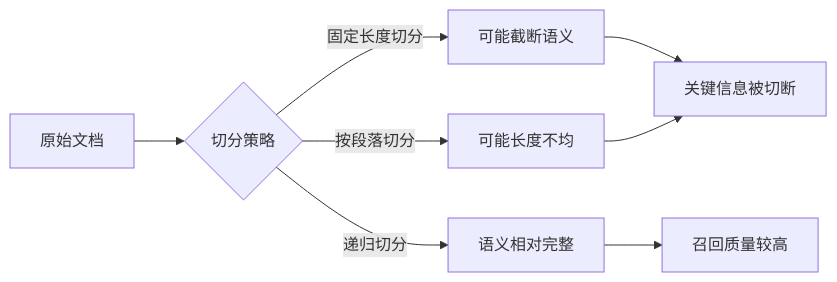
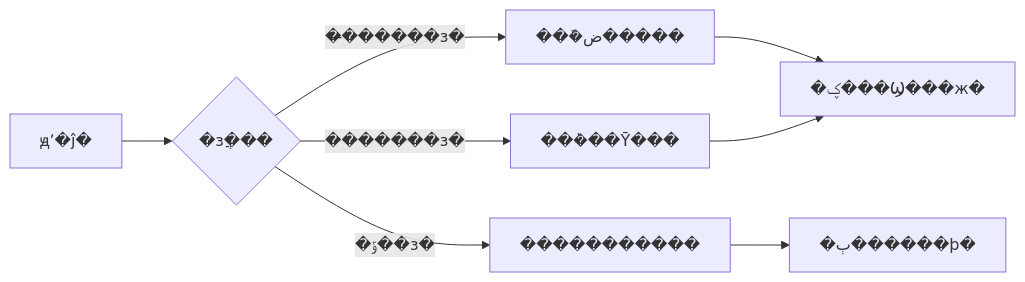
One commit to TimeHunter618/hugo-maid-dev changed the first of 7 diagrams in content/post/ai-interview/RAG召回率低怎么优化.zh-CN.md. Above: the diagram before and after it, drawn with Mermaid. The commit also changed other lines of this file and 70 other files, not shown here.

````diff
--- a/content/post/ai-interview/RAG召回率低怎么优化.zh-CN.md
+++ b/content/post/ai-interview/RAG召回率低怎么优化.zh-CN.md
@@ -35,10 +35,10 @@
 ```mermaid
 graph LR
-    A[原始文档] --> B{切分策略}
-    B -->|固定长度切分| C[可能截断语义]
-    B -->|按段落切分| D[可能长度不均]
-    B -->|递归切分| E[语义相对完整]
-    C --> F[关键信息被切断]
+    A[ԭʼ�ĵ�] --> B{�зֲ���}
+    B -->|�̶������з�| C[���ܽض�����]
+    B -->|�������з�| D[���ܳ��Ȳ���]
+    B -->|�ݹ��з�| E[�����������]
+    C --> F[�ؼ���Ϣ���ж�]
     D --> F
-    E --> G[召回质量较高]
+    E --> G[�ٻ������ϸ�]
 ```
````
